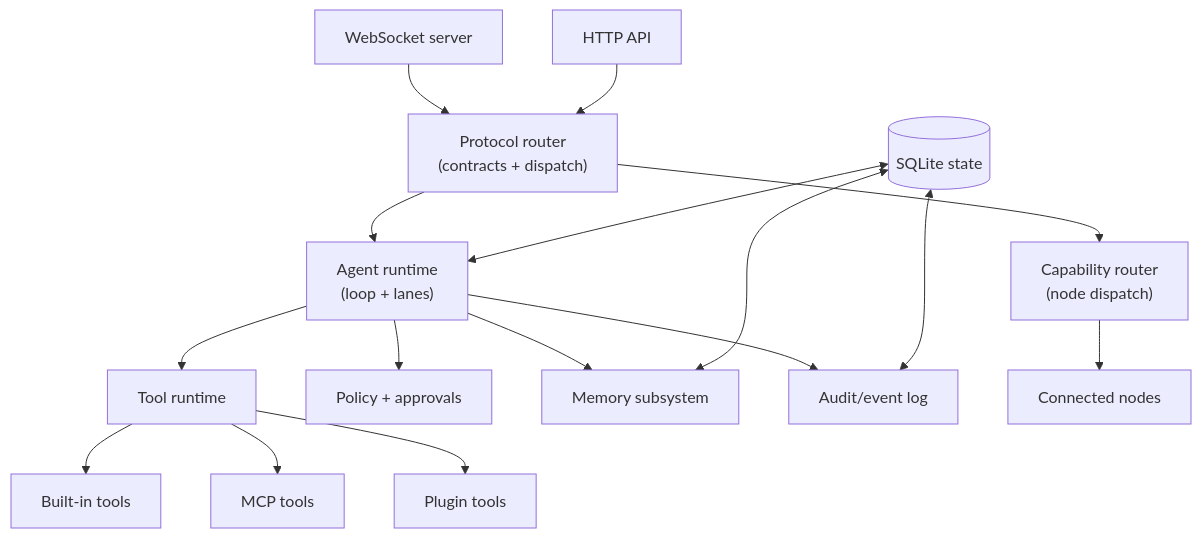
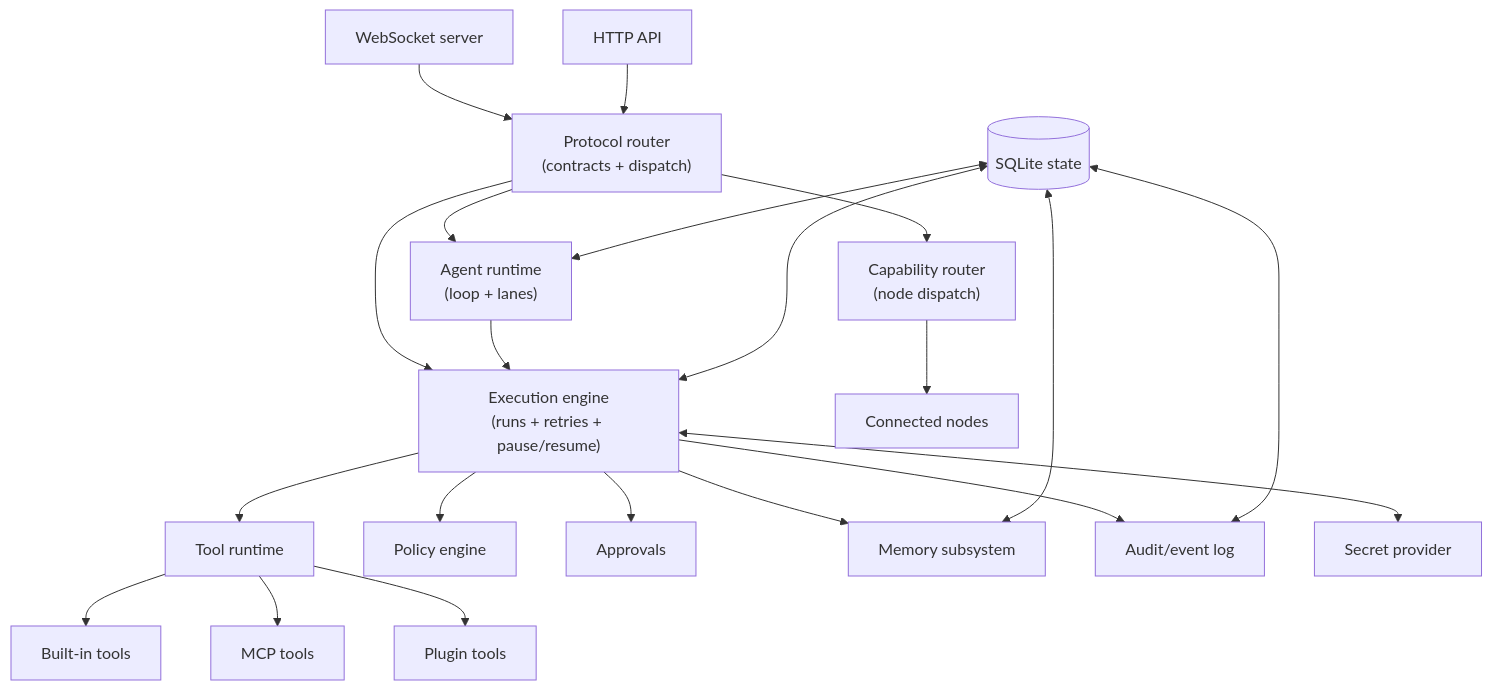
Before and after one commit to tyrumai/tyrum: the diagram in docs/architecture/gateway/index.md, drawn with Mermaid. The commit also changed other lines of this file and 21 other files, not shown here.

First line of the commit message:
docs: update architecture documentation and improve approval processes

````diff
--- a/docs/architecture/gateway/index.md
+++ b/docs/architecture/gateway/index.md
@@ -25,23 +28,28 @@
 ```mermaid
 flowchart TB
   WS["WebSocket server"] --> PROTO["Protocol router<br/>(contracts + dispatch)"]
   HTTP["HTTP API"] --> PROTO
 
   PROTO --> AG["Agent runtime<br/>(loop + lanes)"]
+  PROTO --> ENG["Execution engine<br/>(runs + retries + pause/resume)"]
   PROTO --> CAP["Capability router<br/>(node dispatch)"]
 
-  AG --> TOOLS["Tool runtime"]
+  AG --> ENG
+  ENG --> TOOLS["Tool runtime"]
   TOOLS --> BUILTIN["Built-in tools"]
   TOOLS --> MCP["MCP tools"]
   TOOLS --> PLUGTOOLS["Plugin tools"]
 
-  AG --> POLICY["Policy + approvals"]
-  AG --> MEM["Memory subsystem"]
-  AG --> AUDIT["Audit/event log"]
+  ENG --> POLICY["Policy engine"]
+  ENG --> APPR["Approvals"]
+  ENG --> MEM["Memory subsystem"]
+  ENG --> AUDIT["Audit/event log"]
+  ENG <--> SECRETS["Secret provider"]
 
   DB[("SQLite state")] <--> MEM
   DB <--> AUDIT
   DB <--> AG
+  DB <--> ENG
 
   CAP --> NODES["Connected nodes"]
 ```
````
